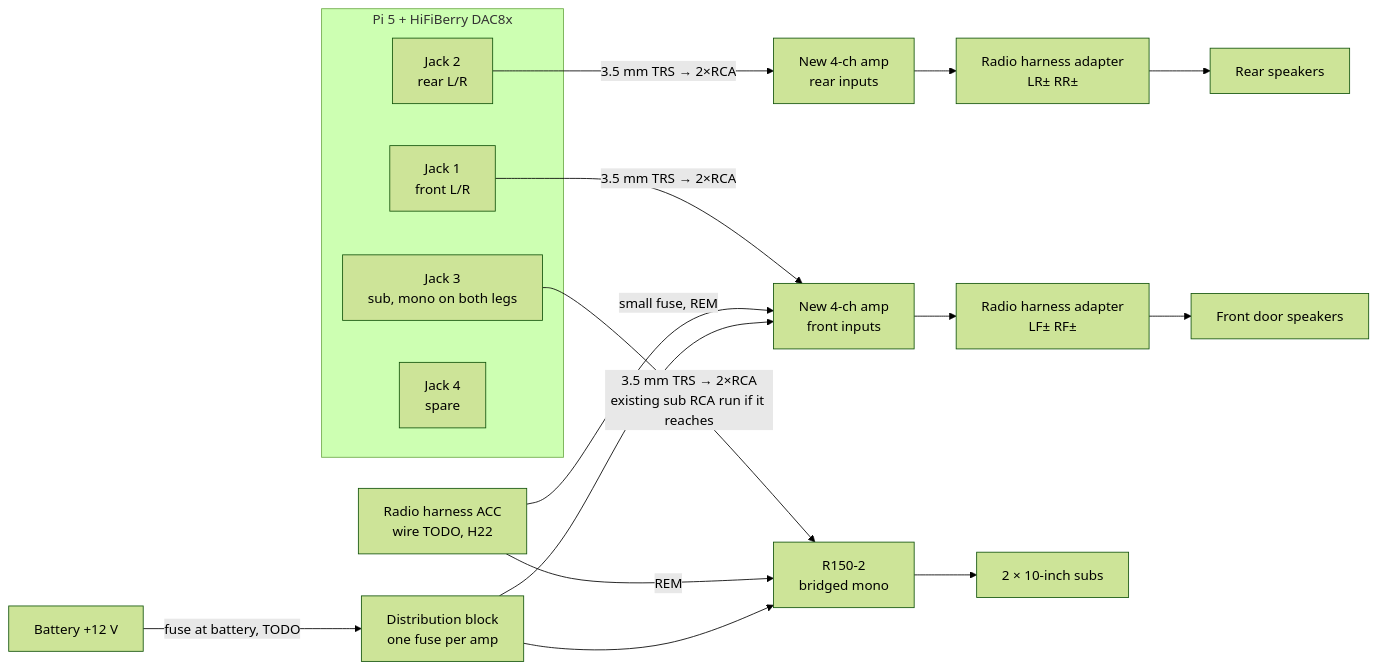
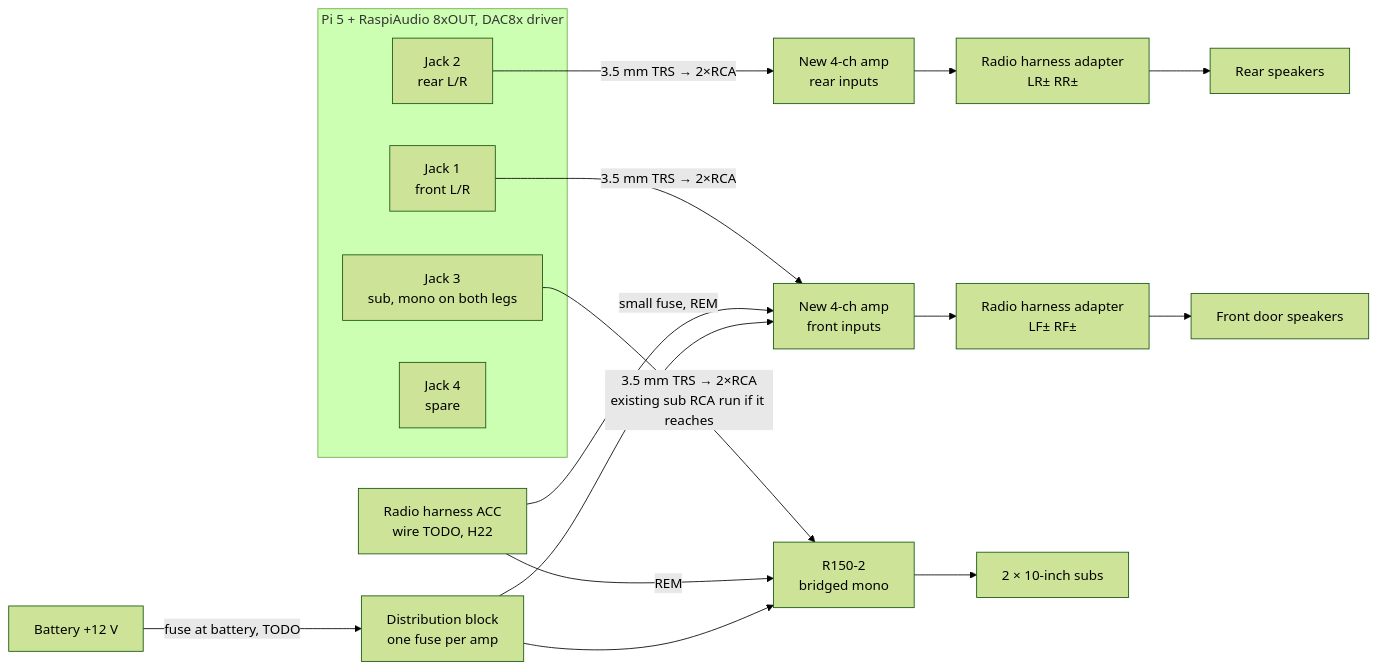
Before and after one commit to darickc/TruckDashboard: the diagram in docs/wiring/audio.md, drawn with Mermaid (forest theme). The commit also changed other lines of this file and 6 other files, not shown here.

````diff
--- a/docs/wiring/audio.md
+++ b/docs/wiring/audio.md
@@ -30,22 +30,22 @@
 ```mermaid
 flowchart LR
-  subgraph PI[Pi 5 + HiFiBerry DAC8x]
+  subgraph PI[Pi 5 + RaspiAudio 8xOUT, DAC8x driver]
     P1[Jack 1<br/>front L/R]
     P2[Jack 2<br/>rear L/R]
     P3[Jack 3<br/>sub, mono on both legs]
     P4[Jack 4<br/>spare]
   end
   P1 -- 3.5 mm TRS → 2×RCA --> A4F[New 4-ch amp<br/>front inputs]
   P2 -- 3.5 mm TRS → 2×RCA --> A4R[New 4-ch amp<br/>rear inputs]
   P3 -- 3.5 mm TRS → 2×RCA<br/>existing sub RCA run if it reaches --> R150[R150-2<br/>bridged mono]
   A4F --> HF[Radio harness adapter<br/>LF± RF±]
   A4R --> HR[Radio harness adapter<br/>LR± RR±]
   HF --> SPKF[Front door speakers]
   HR --> SPKR[Rear speakers]
   R150 --> SUBS[2 × 10-inch subs]
   ACC[Radio harness ACC<br/>wire TODO, H22] -- small fuse, REM --> A4F
   ACC -- REM --> R150
   BATT[Battery +12 V] -- fuse at battery, TODO --> DB[Distribution block<br/>one fuse per amp]
   DB --> A4F
   DB --> R150
 ```
````
